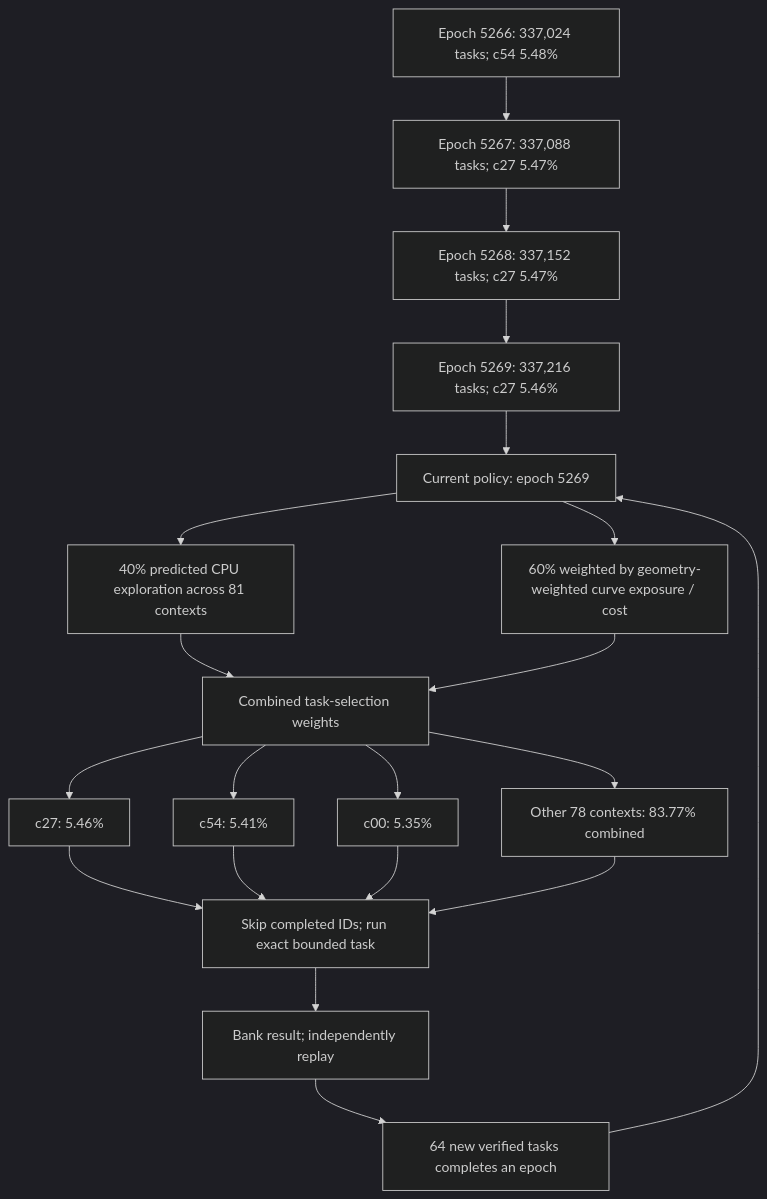
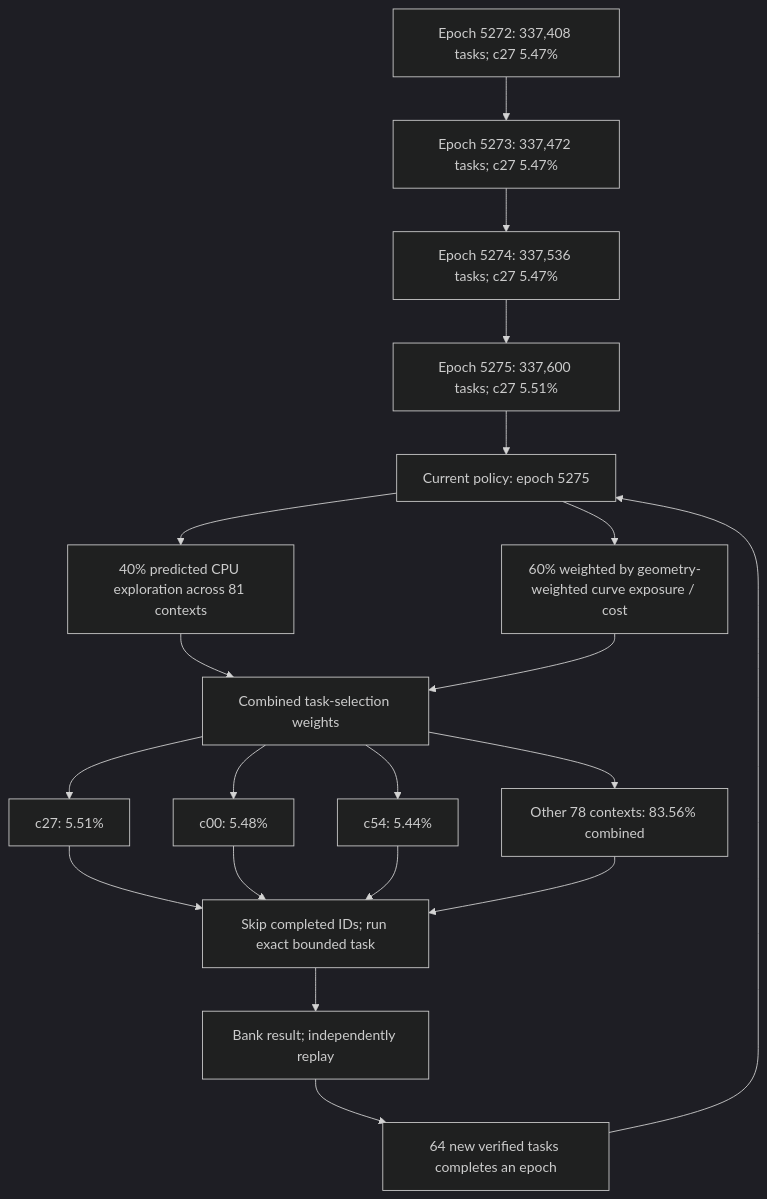
Before and after one commit to Kuberwastaken/math-gambling: the first of 3 diagrams in README.md, drawn with Mermaid (dark theme). The commit also changed other lines of this file and 955 other files, not shown here.

````diff
--- a/README.md
+++ b/README.md
@@ -60,27 +60,27 @@
 ```mermaid
 flowchart TD
-    H0["Epoch 5266: 337,024 tasks; c54 5.48%"]
-    H1["Epoch 5267: 337,088 tasks; c27 5.47%"]
+    H0["Epoch 5272: 337,408 tasks; c27 5.47%"]
+    H1["Epoch 5273: 337,472 tasks; c27 5.47%"]
     H0 --> H1
-    H2["Epoch 5268: 337,152 tasks; c27 5.47%"]
+    H2["Epoch 5274: 337,536 tasks; c27 5.47%"]
     H1 --> H2
-    H3["Epoch 5269: 337,216 tasks; c27 5.46%"]
+    H3["Epoch 5275: 337,600 tasks; c27 5.51%"]
     H2 --> H3
-    Policy["Current policy: epoch 5269"]
+    Policy["Current policy: epoch 5275"]
     H3 --> Policy
     Policy --> Explore["40% predicted CPU exploration across 81 contexts"]
     Policy --> Cost["60% weighted by geometry-weighted curve exposure / cost"]
     Explore --> Mix["Combined task-selection weights"]
     Cost --> Mix
-    Mix --> C0["c27: 5.46%"]
-    Mix --> C1["c54: 5.41%"]
-    Mix --> C2["c00: 5.35%"]
-    Mix --> Rest["Other 78 contexts: 83.77% combined"]
+    Mix --> C0["c27: 5.51%"]
+    Mix --> C1["c00: 5.48%"]
+    Mix --> C2["c54: 5.44%"]
+    Mix --> Rest["Other 78 contexts: 83.56% combined"]
     C0 --> Check["Skip completed IDs; run exact bounded task"]
     C1 --> Check
     C2 --> Check
     Rest --> Check
     Check --> Replay["Bank result; independently replay"]
     Replay --> Gate["64 new verified tasks completes an epoch"]
     Gate --> Policy
 ```
````
